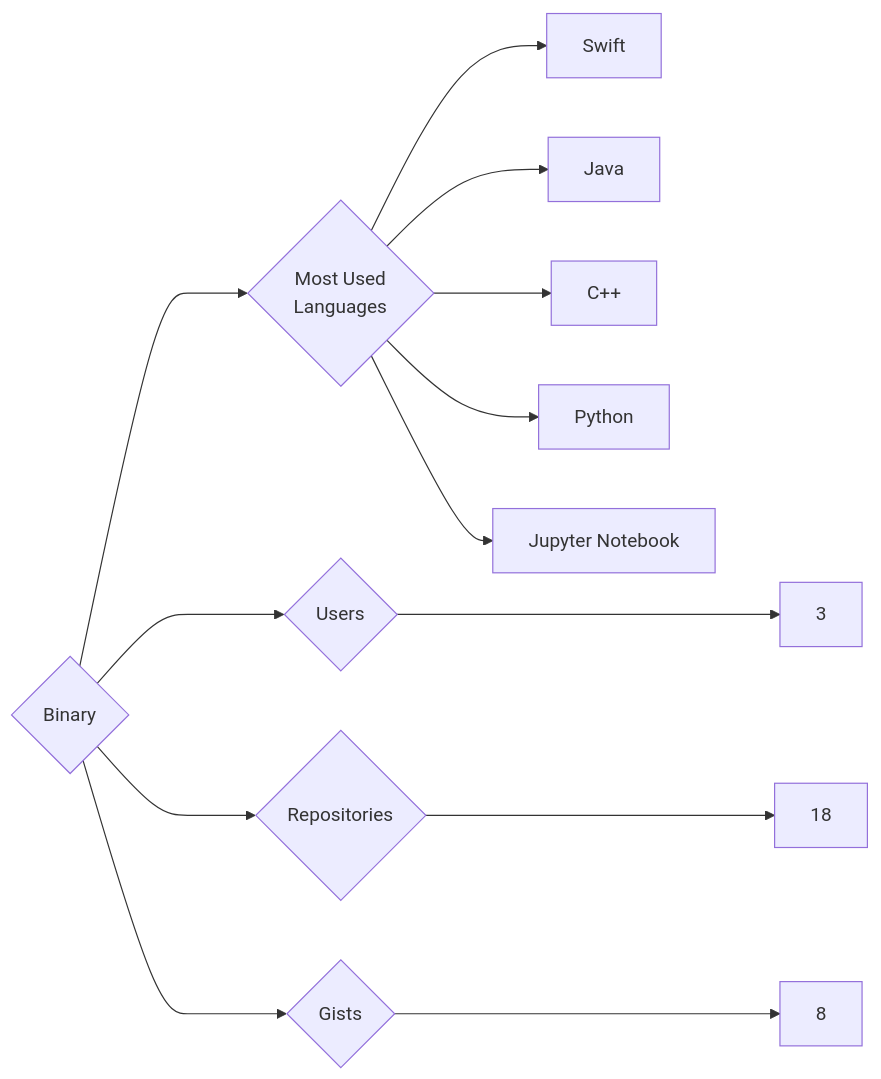
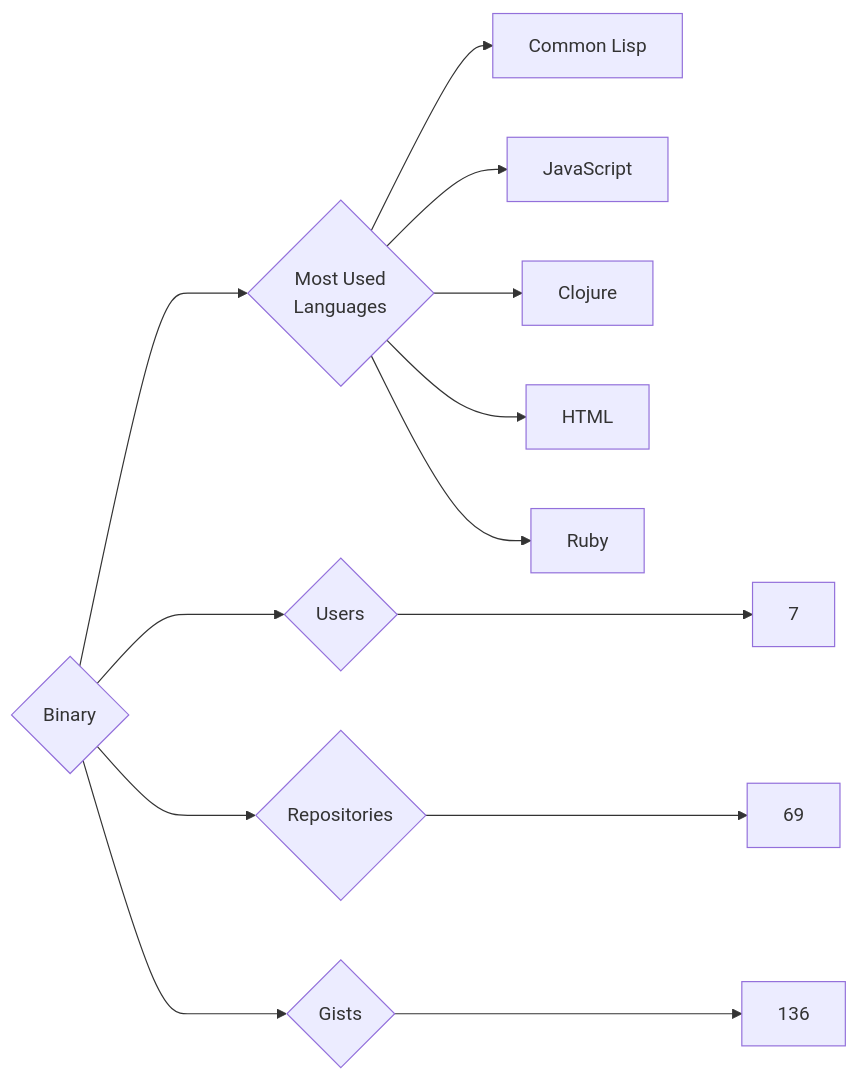
One commit to trickest/insiders changed the diagram in targets/Binary/README.md. Above: the diagram before and after it, drawn with Mermaid. The commit also changed 1020 other files, not shown here.

````diff
--- a/targets/Binary/README.md
+++ b/targets/Binary/README.md
@@ -3,13 +3,13 @@
 ```mermaid
 graph LR
 COMPANY_NAME{Binary}
-COMPANY_NAME ---> U{Users} ---> UN[3]
-COMPANY_NAME ---> R{Repositories} ---> RN[18]
-COMPANY_NAME ---> G{Gists} ---> GN[8]
+COMPANY_NAME ---> U{Users} ---> UN[7]
+COMPANY_NAME ---> R{Repositories} ---> RN[69]
+COMPANY_NAME ---> G{Gists} ---> GN[136]
 COMPANY_NAME ---> ML{Most Used<br>Languages}
-ML --> Swift[Swift]
-ML --> Java[Java]
-ML --> C++[C++]
-ML --> Python[Python]
-ML --> Jupyter_Notebook[Jupyter Notebook]
+ML --> Common_Lisp[Common Lisp]
+ML --> JavaScript[JavaScript]
+ML --> Clojure[Clojure]
+ML --> HTML[HTML]
+ML --> Ruby[Ruby]
 ```
````
